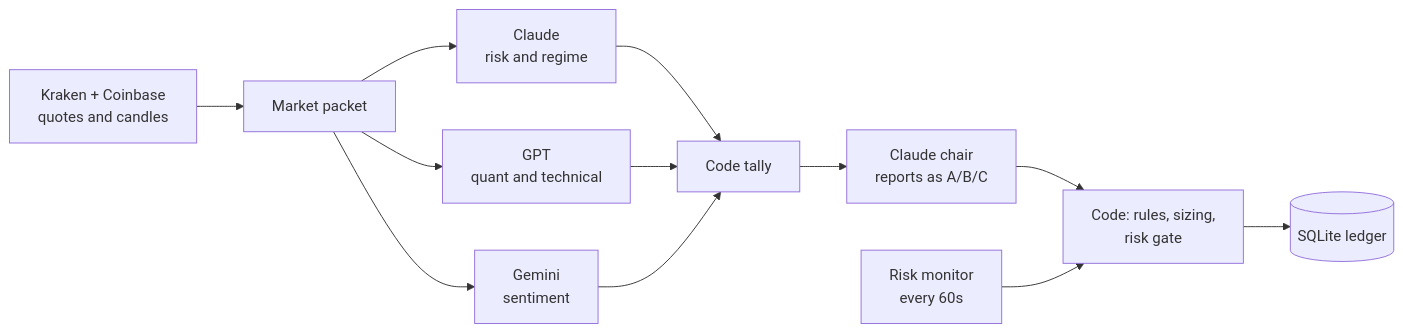
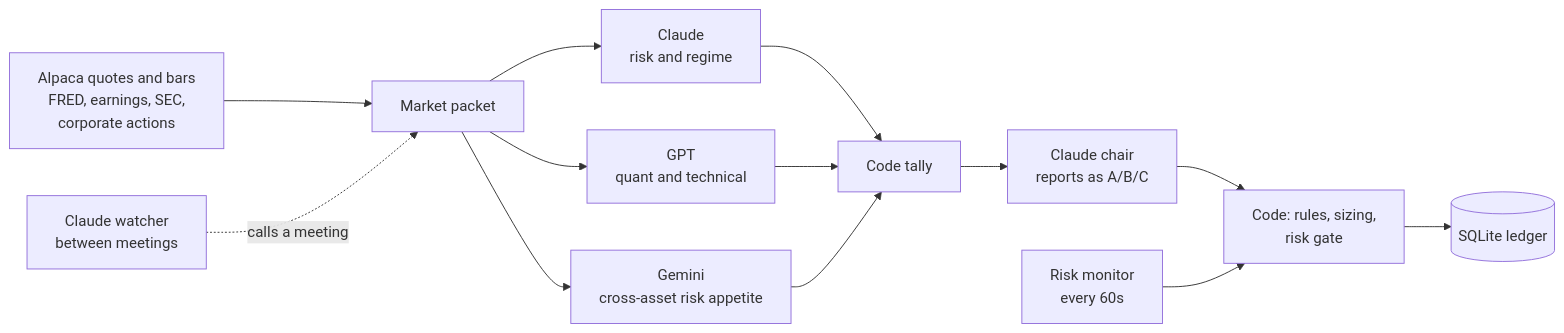
One commit to Servation/ottr-hft-quant-cockpit changed the diagram in README.md. Above: the diagram before and after it, drawn with Mermaid. The commit also changed other lines of this file and 5 other files, not shown here.

````diff
--- a/README.md
+++ b/README.md
@@ -16,14 +22,15 @@
 ```mermaid
 graph LR
-    M[Kraken + Coinbase<br/>quotes and candles] --> P[Market packet]
+    M[Alpaca quotes and bars<br/>FRED, earnings, SEC,<br/>corporate actions] --> P[Market packet]
     P --> C1[Claude<br/>risk and regime]
     P --> C2[GPT<br/>quant and technical]
-    P --> C3[Gemini<br/>sentiment]
+    P --> C3[Gemini<br/>cross-asset risk appetite]
     C1 --> T[Code tally]
     C2 --> T
     C3 --> T
     T --> CH[Claude chair<br/>reports as A/B/C]
     CH --> G[Code: rules, sizing,<br/>risk gate]
     G --> L[(SQLite ledger)]
     R[Risk monitor<br/>every 60s] --> G
+    W[Claude watcher<br/>between meetings] -. calls a meeting .-> P
 ```
````
